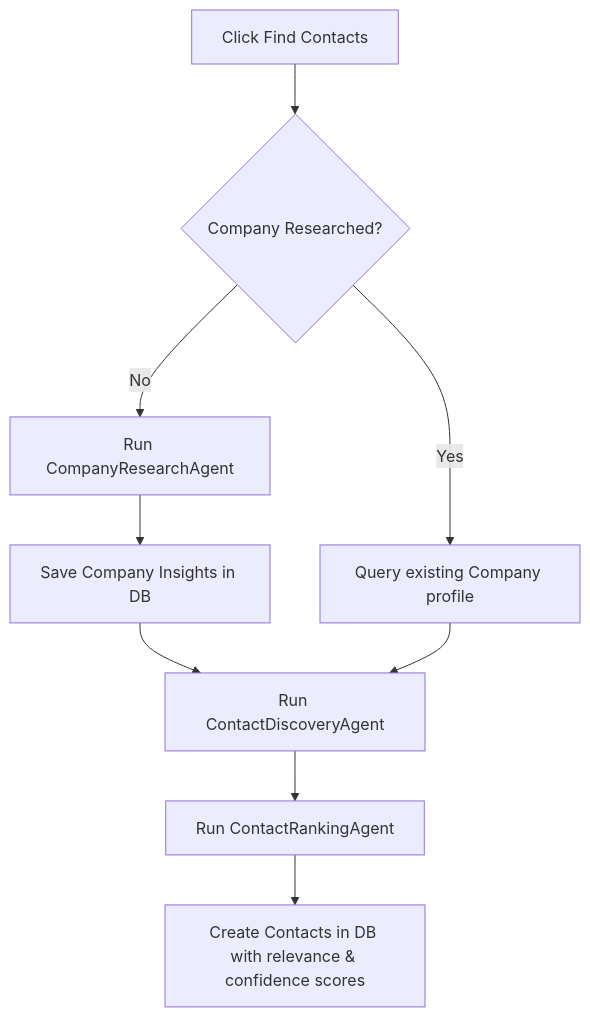
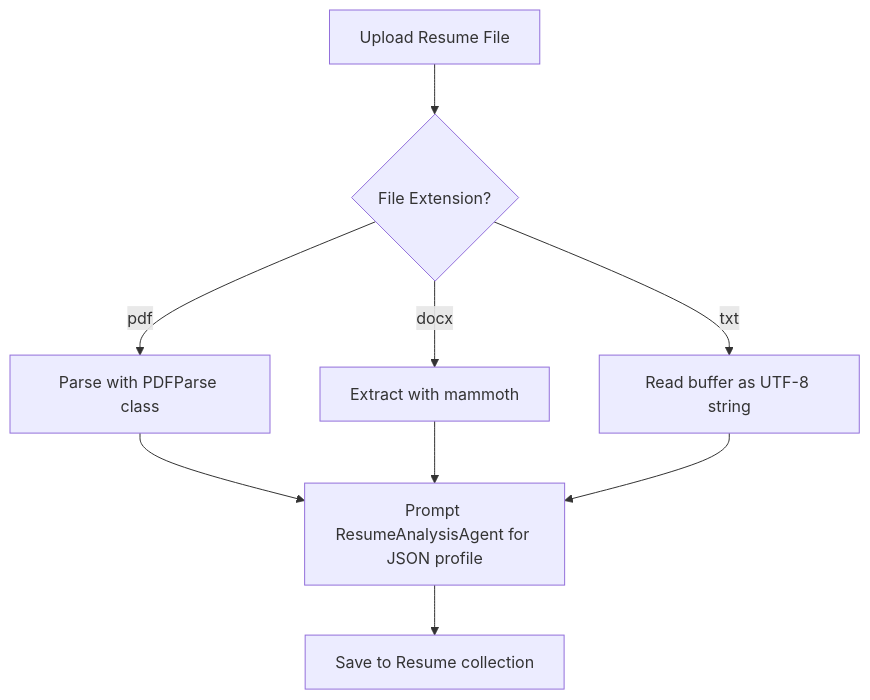
One commit to tamal006/cold-email-ai-agent changed the second of 3 diagrams in docs/FEATURE_DOCUMENTATION.md. Above: the diagram before and after it, drawn with Mermaid. The commit also changed other lines of this file and 107 other files, not shown here.

````diff
--- a/docs/FEATURE_DOCUMENTATION.md
+++ b/docs/FEATURE_DOCUMENTATION.md
@@ -40,11 +36,11 @@
   ```mermaid
   graph TD
-      A[Click Find Contacts] --> B{Company Researched?}
-      B -->|No| C[Run CompanyResearchAgent]
-      C --> D[Save Company Insights in DB]
-      B -->|Yes| E[Query existing Company profile]
-      D --> F[Run ContactDiscoveryAgent]
+      A[Upload Resume File] --> B{File Extension?}
+      B -->|pdf| C[Parse with PDFParse class]
+      B -->|docx| D[Extract with mammoth]
+      B -->|txt| E[Read buffer as UTF-8 string]
+      C --> F[Prompt ResumeAnalysisAgent for JSON profile]
+      D --> F
       E --> F
-      F --> G[Run ContactRankingAgent]
-      G --> H[Create Contacts in DB with relevance & confidence scores]
+      F --> G[Save to Resume collection]
   ```
````
